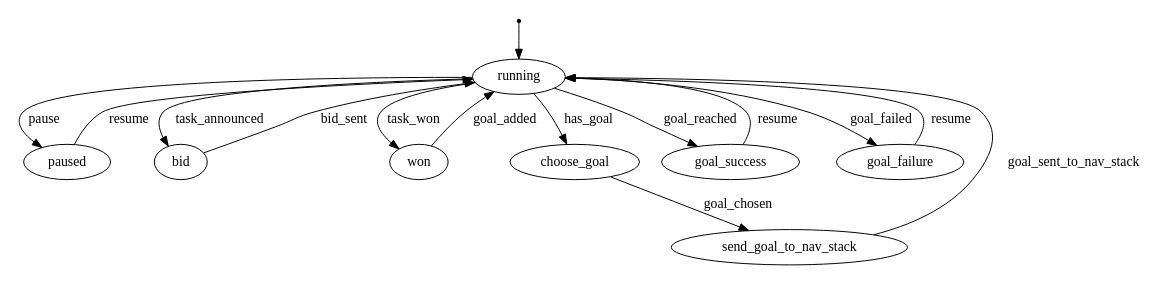
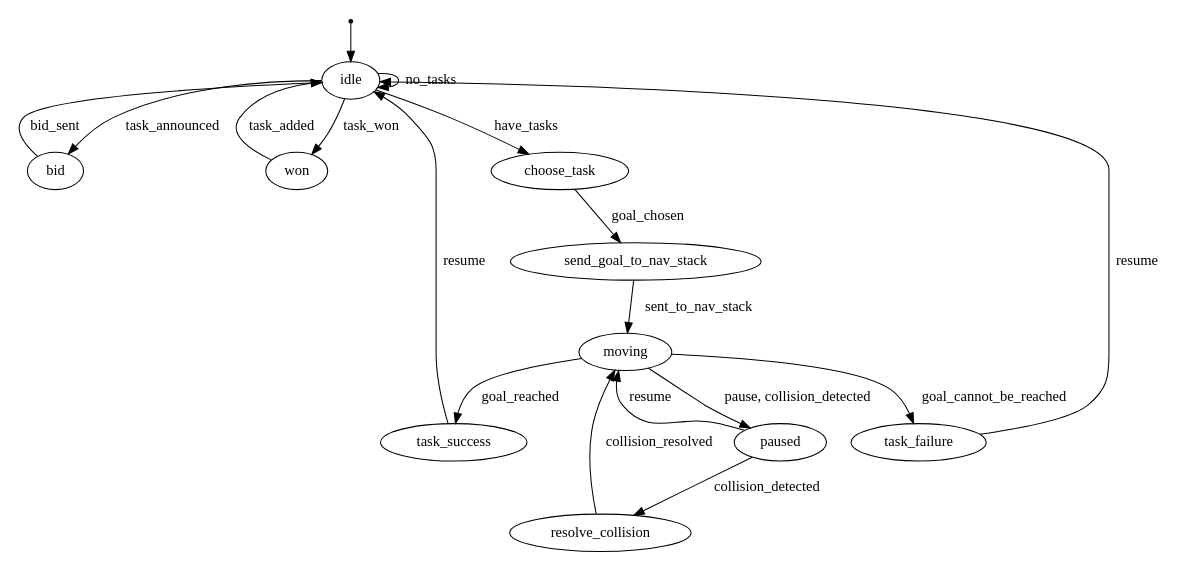
One commit to nitsuga/MRTeAm changed the diagram in docs/robot-controller-fsm.dot. Above: the diagram before and after it, drawn with Graphviz. The commit also changed 6 other files, not shown here.

Commit message:
Plan now read from service (/robot_n/move_base_node/NavfnROS/make_plan), used to compute bid value

```diff
--- a/docs/robot-controller-fsm.dot
+++ b/docs/robot-controller-fsm.dot
@@ -1,42 +1,49 @@
 digraph robot_controller {
 #	rankdir=LR;
 	size="8,12"
 
 	# node [style=invis] START;
-	node [shape=ellipse, label="running"] running;
+	node [shape=ellipse, label="idle"] idle;
+	node [shape=ellipse, label="moving"] moving;
+	node [shape=ellipse, label="resolve_collision"] resolve_collision;
 	node [shape=ellipse, label="paused"] paused;
 	node [shape=ellipse, label="bid"] bid;
 	node [shape=ellipse, label="won"] won;
-	node [shape=ellipse, label="choose_goal"] choose_goal;
+	node [shape=ellipse, label="choose_task"] choose_task;
 	node [shape=ellipse, label="send_goal_to_nav_stack"] send_goal_to_nav_stack;
-	node [shape=ellipse, label="goal_success"] goal_success;
-	node [shape=ellipse, label="goal_failure"] goal_failure;
+	node [shape=ellipse, label="task_success"] task_success;
+	node [shape=ellipse, label="task_failure"] task_failure;
 	node [shape=point] start;
 	
-	start        -> running;
-	running      -> choose_goal [label="has_goal"];
+	start        -> idle;
+	idle         -> choose_task [label="have_tasks"];
+	idle         -> idle [label="no_tasks"];
 
 	# Make a bid
-	running      -> bid [label="task_announced"];
-	bid          -> running [label="bid_sent"];
+	idle         -> bid [label="task_announced"];
+	bid          -> idle [label="bid_sent"];
 
 	# Task won; add to agenda
-	running      -> won [label="task_won"];
-	won          -> running [label="goal_added"];
+	idle         -> won [label="task_won"];
+	won          -> idle [label="task_added"];
 
-	# Agenda is non-empty; choose a goal and go to it.
-	choose_goal  -> send_goal_to_nav_stack [label="goal_chosen"];
-	send_goal_to_nav_stack    -> running [label="goal_sent_to_nav_stack"];
+	# Agenda is non-empty; choose a task and go to it.
+	choose_task  -> send_goal_to_nav_stack [label="goal_chosen"];
+	send_goal_to_nav_stack    -> moving [label="sent_to_nav_stack"];
 
 	# Pause/resume
-	running      -> paused [label="pause"];
-	paused       -> running [label="resume"];
+	moving      -> paused [label="pause, collision_detected"];
+	paused       -> moving [label="resume"];
+	
+	# Collision resolution
+	paused      -> resolve_collision [label="collision_detected"];
+	resolve_collision -> moving [label="collision_resolved"];
+		
+	# Success/failure
+	moving      -> task_success [label="goal_reached"];
+	task_success -> idle [label="resume"];
 
-	# Success/failure
-	running      -> goal_success [label="goal_reached"];
-	goal_success -> running [label="resume"];
-
-	running      -> goal_failure [label="goal_failed"];
-	goal_failure -> running [label="resume"];
+	moving      -> task_failure [label="goal_cannot_be_reached"];
+	task_failure -> idle [label="resume"];
 	
 }
```
